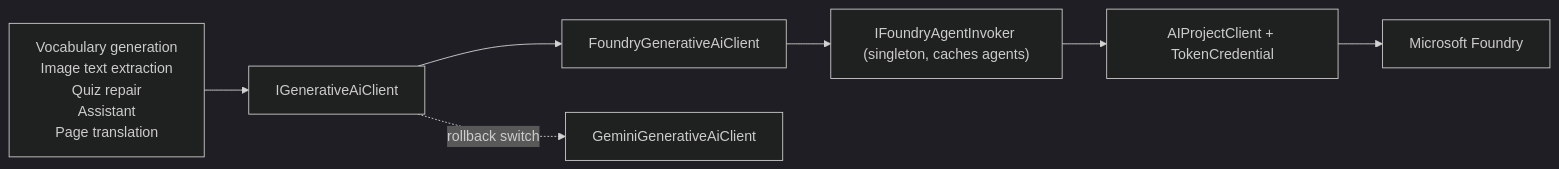
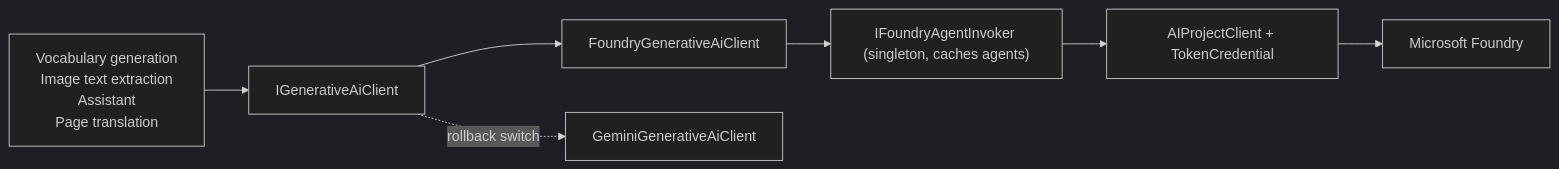
The ninth of 15 diagrams in docs/ARCHITECTURE.md (gusbo9233/Glosify-.net), drawn with Mermaid (dark theme) before and after one commit. The commit also changed other lines of this file and 89 other files, not shown here.

````diff
--- a/docs/ARCHITECTURE.md
+++ b/docs/ARCHITECTURE.md
@@ -709,9 +709,9 @@
 ```mermaid
 flowchart LR
-    Callers["Vocabulary generation<br/>Image text extraction<br/>Quiz repair<br/>Assistant<br/>Page translation"] --> I["IGenerativeAiClient"]
+    Callers["Vocabulary generation<br/>Image text extraction<br/>Assistant<br/>Page translation"] --> I["IGenerativeAiClient"]
     I --> F["FoundryGenerativeAiClient"]
     I -. "rollback switch" .-> G["GeminiGenerativeAiClient"]
     F --> Inv["IFoundryAgentInvoker (singleton, caches agents)"]
     Inv --> Proj["AIProjectClient + TokenCredential"]
     Proj --> Azure["Microsoft Foundry"]
 ```
````
